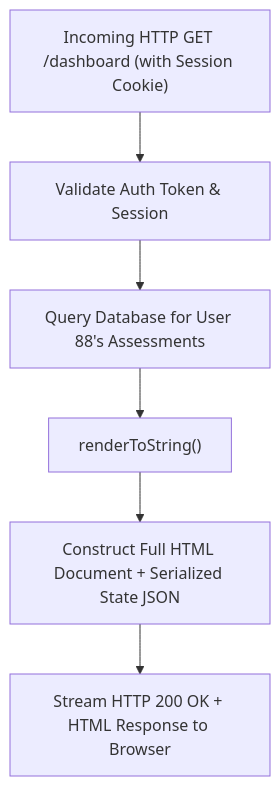
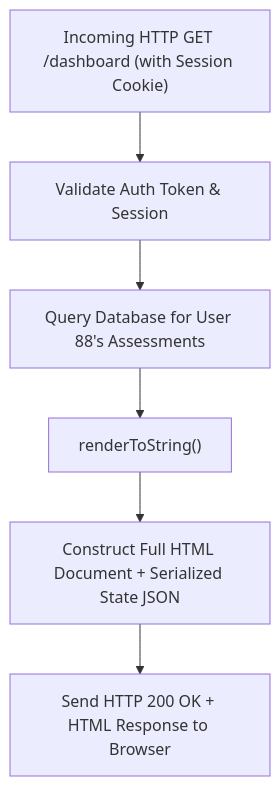
Before and after one commit to polla-fattah/frontend-book: the sixth of 11 diagrams in content/book/Chapter_11_Rendering_Topologies_CSR_SSR_SSG_and_Beyond.md, drawn with Mermaid. The commit also changed other lines of this file, not shown here.

First line of the commit message:
fix(ch11): correct outdated terminology and diagram errors

````diff
--- a/content/book/Chapter_11_Rendering_Topologies_CSR_SSR_SSG_and_Beyond.md
+++ b/content/book/Chapter_11_Rendering_Topologies_CSR_SSR_SSG_and_Beyond.md
@@ -188,8 +188,8 @@
 ```mermaid
 flowchart TD
     Req["Incoming HTTP GET /dashboard (with Session Cookie)"] --> Auth["Validate Auth Token & Session"]
     Auth --> Fetch["Query Database for User 88's Assessments"]
     Fetch --> Render["renderToString(<Dashboard data={userAssessments} />)"]
     Render --> Doc["Construct Full HTML Document + Serialized State JSON"]
-    Doc --> Res["Stream HTTP 200 OK + HTML Response to Browser"]
+    Doc --> Res["Send HTTP 200 OK + HTML Response to Browser"]
 ```
````
